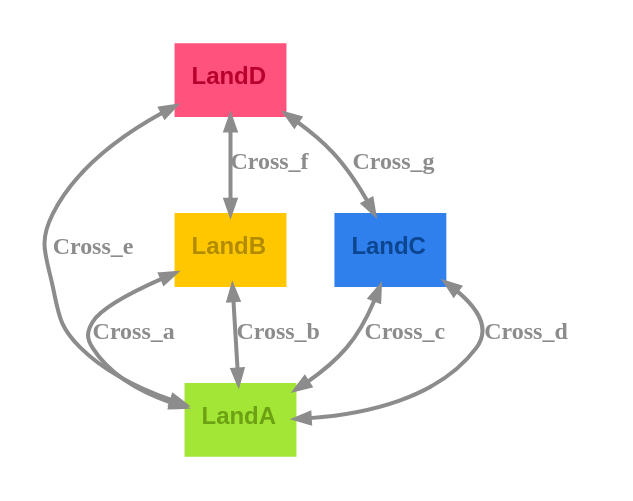
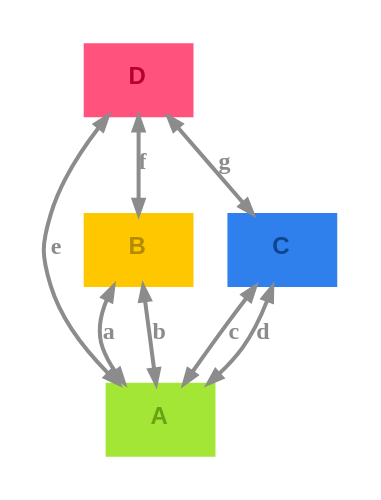
The diagram in renders/bridges-koenigsberg-light.dot (m-bock/purescript-transit), drawn with Graphviz before and after one commit. The commit also changed 6 other files, not shown here.

Commit message:
Refactor Bridges of Königsberg example; update state and message types to use single-letter identifiers, enhance transition definitions, and improve documentation clarity regarding state transitions and graph analysis.

```diff
--- a/renders/bridges-koenigsberg-light.dot
+++ b/renders/bridges-koenigsberg-light.dot
@@ -1,15 +1,15 @@
 digraph 
 {
 rankdir = "TD";fontname = "Arial";labelloc = "t";fontsize = 12;bgcolor = "#ffffff";color = "#000000";fontcolor = "#000000";pad = 0.2;rankdir = "TD"
-LandA [shape = "box", label = <<b>LandA</b>>, fontsize = 12, style = "filled", fillcolor = "#a3e635", fontcolor = "#6ca114", color = "#a3e635", fontname = "Arial", labelloc = "c", penwidth = 1.0]
-LandB [shape = "box", label = <<b>LandB</b>>, fontsize = 12, style = "filled", fillcolor = "#ffc700", fontcolor = "#b38b00", color = "#ffc700", fontname = "Arial", labelloc = "c", penwidth = 1.0]
-LandB -> LandA [color = "#8c8c8c", fontcolor = "#8c8c8c", fontsize = 12, label = <<b>Cross_a</b>>, arrowsize = "0.7", penwidth = 2.0, dir = "both"]
-LandB -> LandA [color = "#8c8c8c", fontcolor = "#8c8c8c", fontsize = 12, label = <<b>Cross_b</b>>, arrowsize = "0.7", penwidth = 2.0, dir = "both"]
-LandC [shape = "box", label = <<b>LandC</b>>, fontsize = 12, style = "filled", fillcolor = "#2f80ed", fontcolor = "#0c4590", color = "#2f80ed", fontname = "Arial", labelloc = "c", penwidth = 1.0]
-LandC -> LandA [color = "#8c8c8c", fontcolor = "#8c8c8c", fontsize = 12, label = <<b>Cross_c</b>>, arrowsize = "0.7", penwidth = 2.0, dir = "both"]
-LandC -> LandA [color = "#8c8c8c", fontcolor = "#8c8c8c", fontsize = 12, label = <<b>Cross_d</b>>, arrowsize = "0.7", penwidth = 2.0, dir = "both"]
-LandD [shape = "box", label = <<b>LandD</b>>, fontsize = 12, style = "filled", fillcolor = "#ff527c", fontcolor = "#b8002c", color = "#ff527c", fontname = "Arial", labelloc = "c", penwidth = 1.0]
-LandD -> LandA [color = "#8c8c8c", fontcolor = "#8c8c8c", fontsize = 12, label = <<b>Cross_e</b>>, arrowsize = "0.7", penwidth = 2.0, dir = "both"]
-LandD -> LandB [color = "#8c8c8c", fontcolor = "#8c8c8c", fontsize = 12, label = <<b>Cross_f</b>>, arrowsize = "0.7", penwidth = 2.0, dir = "both"]
-LandD -> LandC [color = "#8c8c8c", fontcolor = "#8c8c8c", fontsize = 12, label = <<b>Cross_g</b>>, arrowsize = "0.7", penwidth = 2.0, dir = "both"]
+A [shape = "box", label = <<b>A</b>>, fontsize = 12, style = "filled", fillcolor = "#a3e635", fontcolor = "#6ca114", color = "#a3e635", fontname = "Arial", labelloc = "c", penwidth = 1.0]
+B [shape = "box", label = <<b>B</b>>, fontsize = 12, style = "filled", fillcolor = "#ffc700", fontcolor = "#b38b00", color = "#ffc700", fontname = "Arial", labelloc = "c", penwidth = 1.0]
+B -> A [color = "#8c8c8c", fontcolor = "#8c8c8c", fontsize = 12, label = <<b>a</b>>, arrowsize = "0.7", penwidth = 2.0, dir = "both"]
+B -> A [color = "#8c8c8c", fontcolor = "#8c8c8c", fontsize = 12, label = <<b>b</b>>, arrowsize = "0.7", penwidth = 2.0, dir = "both"]
+C [shape = "box", label = <<b>C</b>>, fontsize = 12, style = "filled", fillcolor = "#2f80ed", fontcolor = "#0c4590", color = "#2f80ed", fontname = "Arial", labelloc = "c", penwidth = 1.0]
+C -> A [color = "#8c8c8c", fontcolor = "#8c8c8c", fontsize = 12, label = <<b>c</b>>, arrowsize = "0.7", penwidth = 2.0, dir = "both"]
+C -> A [color = "#8c8c8c", fontcolor = "#8c8c8c", fontsize = 12, label = <<b>d</b>>, arrowsize = "0.7", penwidth = 2.0, dir = "both"]
+D [shape = "box", label = <<b>D</b>>, fontsize = 12, style = "filled", fillcolor = "#ff527c", fontcolor = "#b8002c", color = "#ff527c", fontname = "Arial", labelloc = "c", penwidth = 1.0]
+D -> A [color = "#8c8c8c", fontcolor = "#8c8c8c", fontsize = 12, label = <<b>e</b>>, arrowsize = "0.7", penwidth = 2.0, dir = "both"]
+D -> B [color = "#8c8c8c", fontcolor = "#8c8c8c", fontsize = 12, label = <<b>f</b>>, arrowsize = "0.7", penwidth = 2.0, dir = "both"]
+D -> C [color = "#8c8c8c", fontcolor = "#8c8c8c", fontsize = 12, label = <<b>g</b>>, arrowsize = "0.7", penwidth = 2.0, dir = "both"]
 }
```
